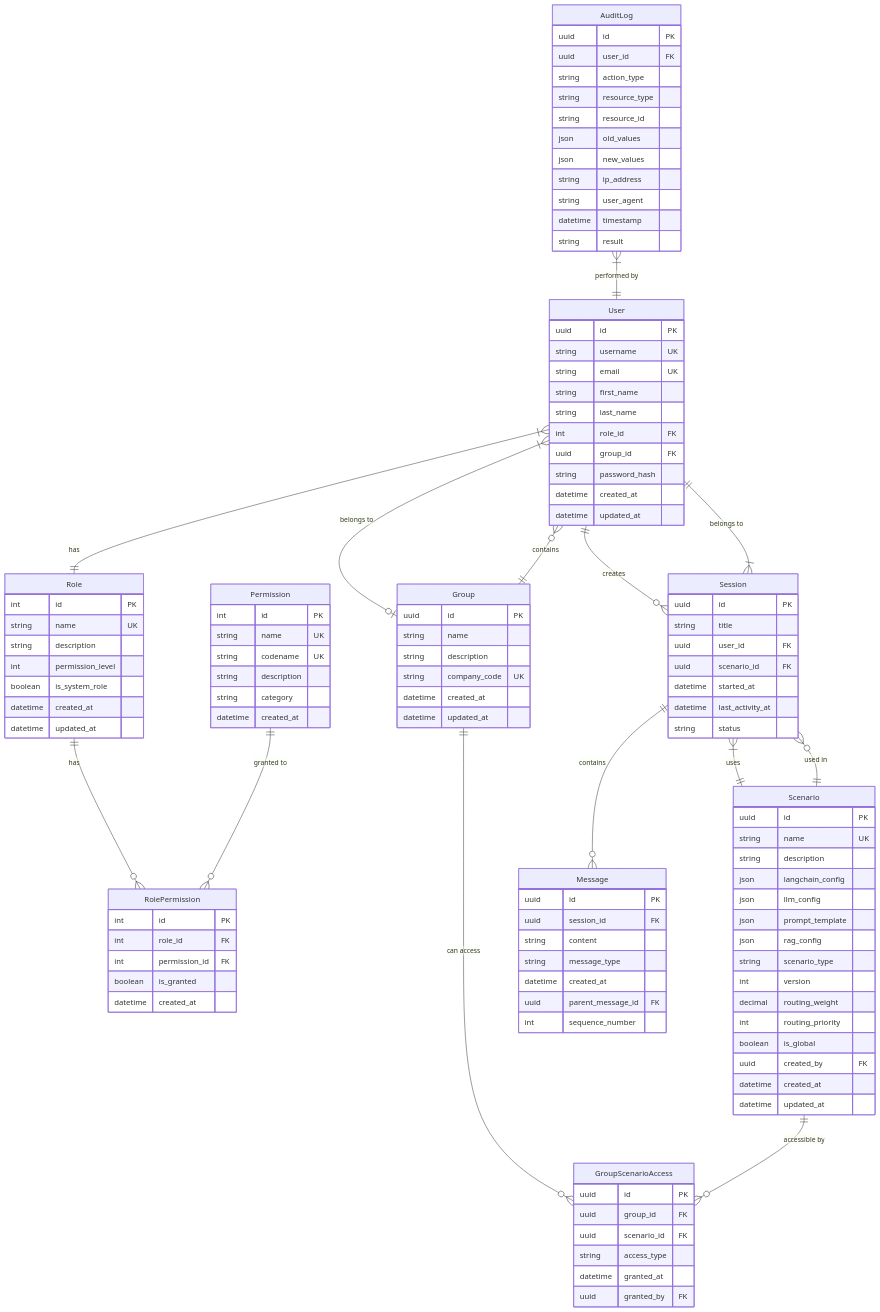
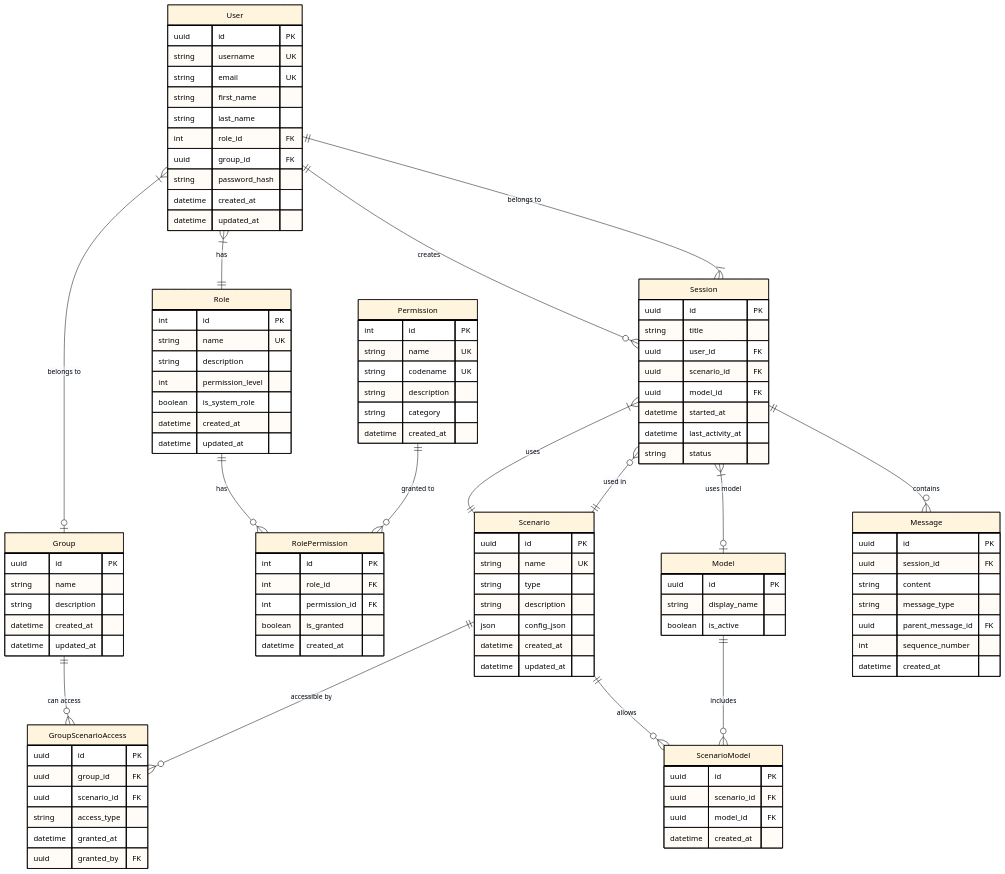
The diagram in doc/design/Database_schema.md (yihsuan1102/Multi-agent-system), drawn with Mermaid before and after one commit. The commit also changed 8 other files, not shown here.

````diff
--- a/doc/design/Database_schema.md
+++ b/doc/design/Database_schema.md
@@ -1,29 +1,29 @@
 ```mermaid
+%%{init: {"theme":"base","themeVariables":{"lineColor":"#000000","textColor":"#000000","primaryTextColor":"#000000","secondaryTextColor":"#000000","tertiaryTextColor":"#000000","primaryBorderColor":"#000000","secondaryBorderColor":"#000000","tertiaryBorderColor":"#000000"}}}%%
 erDiagram
-    %% 簡化後的使用者與權限相關實體
+    %% 使用者與權限相關實體
     User }|--|| Role : has
     User }|--o| Group : "belongs to"
     User ||--o{ Session : creates
-    
+
     Role ||--o{ RolePermission : has
     Permission ||--o{ RolePermission : "granted to"
-    
-    %% 群組相關實體 (簡化為公司概念)
-    Group ||--o{ User : contains
+
+    %% 群組與場景相關
     Group ||--o{ GroupScenarioAccess : "can access"
-    
-    %% 場景相關實體
     Scenario ||--o{ GroupScenarioAccess : "accessible by"
     Scenario ||--o{ Session : "used in"
-    
-    %% 會話相關實體
+
+    %% 模型與場景的多對多
+    Scenario ||--o{ ScenarioModel : "allows"
+    Model ||--o{ ScenarioModel : "includes"
+
+    %% 會話與訊息
     Session ||--o{ Message : contains
     Session }|--|| User : "belongs to"
     Session }|--|| Scenario : uses
-    
-    %% 稽核相關實體
-    AuditLog }|--|| User : "performed by"
-    
+    Session }|--o| Model : "uses model"
+
     %% 實體屬性定義
     User {
         uuid id PK
@@ -37,7 +37,7 @@
         datetime created_at
         datetime updated_at
     }
-    
+
     Role {
         int id PK
         string name UK
@@ -47,7 +47,7 @@
         datetime created_at
         datetime updated_at
     }
-    
+
     Permission {
         int id PK
         string name UK
@@ -56,54 +56,7 @@
         string category
         datetime created_at
     }
-    
-    Group {
-        uuid id PK
-        string name
-        string description
-        string company_code UK
-        datetime created_at
-        datetime updated_at
-    }
-    
-    Scenario {
-        uuid id PK
-        string name UK
-        string description
-        json langchain_config
-        json llm_config
-        json prompt_template
-        json rag_config
-        string scenario_type
-        int version
-        decimal routing_weight
-        int routing_priority
-        boolean is_global
-        uuid created_by FK
-        datetime created_at
-        datetime updated_at
-    }
-    
-    Session {
-        uuid id PK
-        string title
-        uuid user_id FK
-        uuid scenario_id FK
-        datetime started_at
-        datetime last_activity_at
-        string status
-    }
-    
-    Message {
-        uuid id PK
-        uuid session_id FK
-        string content
-        string message_type
-        datetime created_at
-        uuid parent_message_id FK
-        int sequence_number
-    }
-    
+
     RolePermission {
         int id PK
         int role_id FK
@@ -111,7 +64,38 @@
         boolean is_granted
         datetime created_at
     }
-    
+
+    Group {
+        uuid id PK
+        string name
+        string description
+        datetime created_at
+        datetime updated_at
+    }
+
+    Scenario {
+        uuid id PK
+        string name UK
+        string type
+        string description
+        json config_json
+        datetime created_at
+        datetime updated_at
+    }
+
+    Model {
+        uuid id PK
+        string display_name
+        boolean is_active
+    }
+
+    ScenarioModel {
+        uuid id PK
+        uuid scenario_id FK
+        uuid model_id FK
+        datetime created_at
+    }
+
     GroupScenarioAccess {
         uuid id PK
         uuid group_id FK
@@ -120,18 +104,25 @@
         datetime granted_at
         uuid granted_by FK
     }
-    
-    AuditLog {
+
+    Session {
         uuid id PK
+        string title
         uuid user_id FK
-        string action_type
-        string resource_type
-        string resource_id
-        json old_values
-        json new_values
-        string ip_address
-        string user_agent
-        datetime timestamp
-        string result
+        uuid scenario_id FK
+        uuid model_id FK
+        datetime started_at
+        datetime last_activity_at
+        string status
+    }
+
+    Message {
+        uuid id PK
+        uuid session_id FK
+        string content
+        string message_type
+        uuid parent_message_id FK
+        int sequence_number
+        datetime created_at
     }
 ```
````
